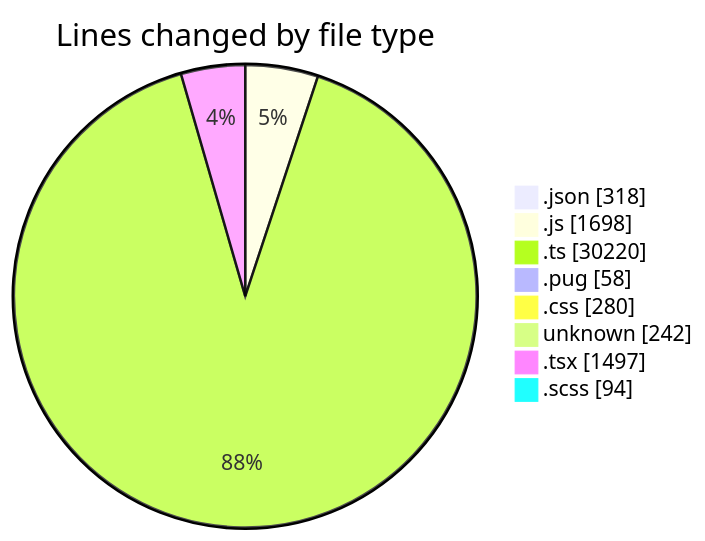
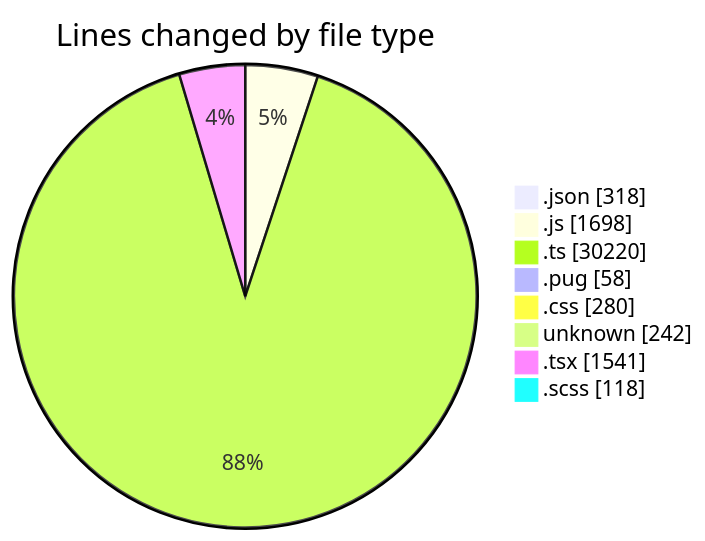
Before and after one commit to momahboobian/code-tracking: the first of 2 diagrams in 2026-06-02/cda/README.md, drawn with Mermaid. The commit also changed other lines of this file and 1 other file, not shown here.

````diff
--- a/2026-06-02/cda/README.md
+++ b/2026-06-02/cda/README.md
@@ -64,12 +64,12 @@
 ```mermaid
 pie showData
 title Lines changed by file type
 ".json" : 318
 ".js" : 1698
 ".ts" : 30220
 ".pug" : 58
 ".css" : 280
 "unknown" : 242
-".tsx" : 1497
-".scss" : 94
+".tsx" : 1541
+".scss" : 118
 ```
````
